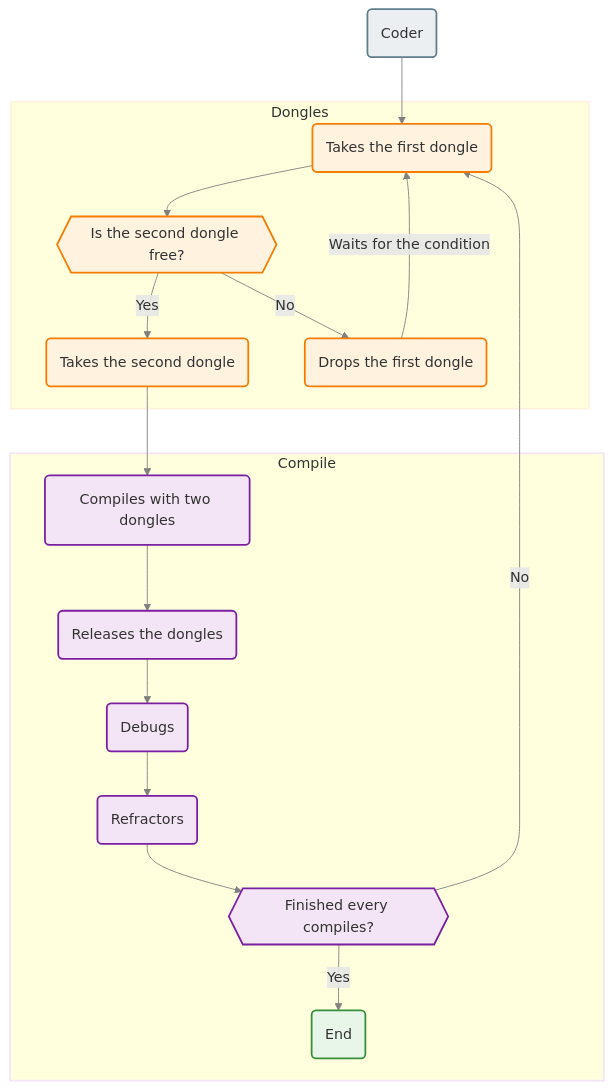
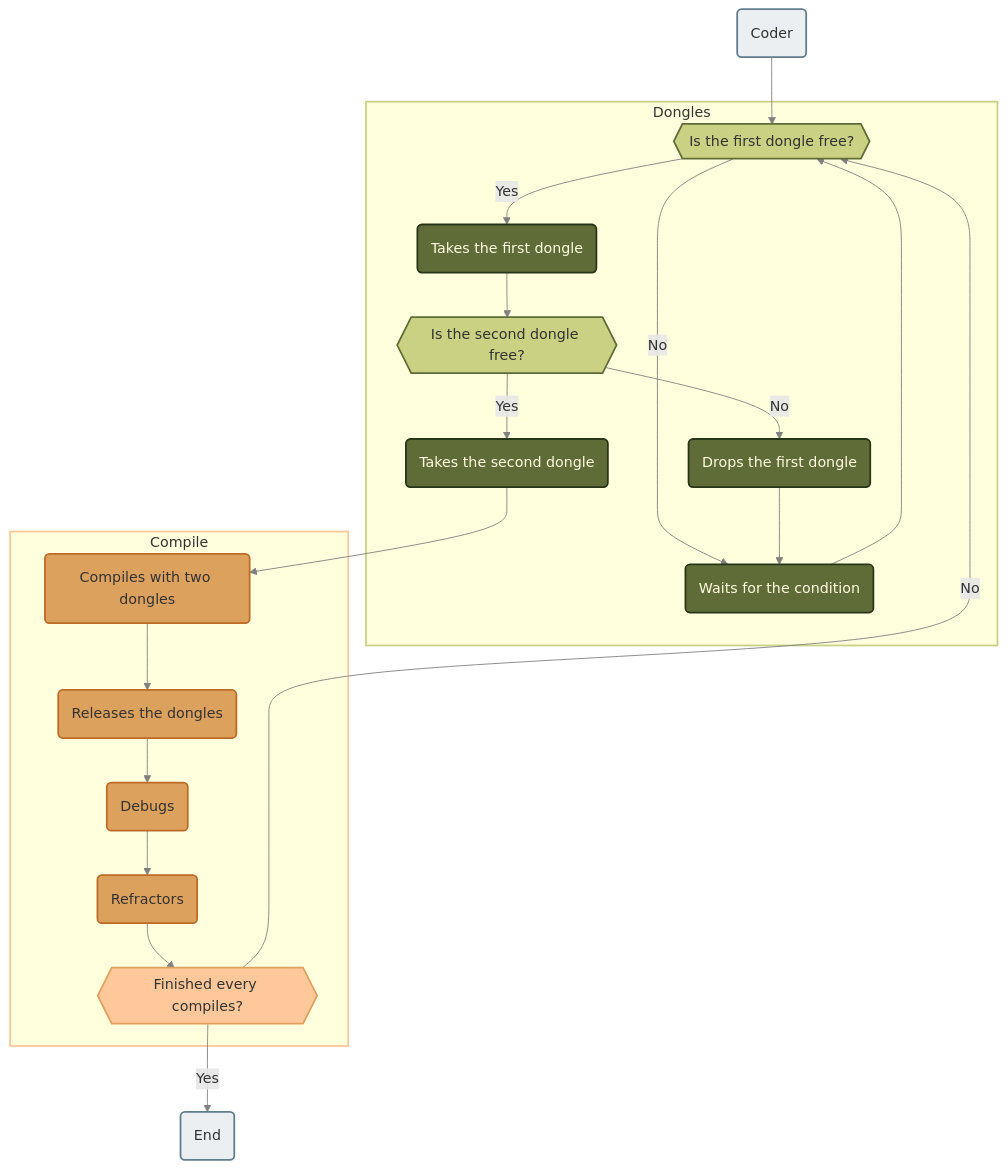
One commit to noemiepi/Codexion changed the second of 4 diagrams in README.md. Above: the diagram before and after it, drawn with Mermaid. The commit also changed other lines of this file and 3 other files, not shown here.

````diff
--- a/README.md
+++ b/README.md
@@ -113,40 +113,46 @@
 ```mermaid
 flowchart TD
 
-    classDef start fill:#eceff1,stroke:#607d8b,stroke-width:2px,color:#333;
-    classDef take_dongle fill:#fff3e0,stroke:#f57c00,stroke-width:2px,color:#333;
-    classDef coder_compile fill:#f3e5f5,stroke:#7b1fa2,stroke-width:2px,color:#333;
-    classDef finish fill:#e8f5e9,stroke:#388e3c,stroke-width:2px,color:#333;
+    classDef start-finish fill:#eceff1,stroke:#607d8b,stroke-width:2px,color:#333;
+    classDef quest_dongle fill:#cad182,stroke:#606c38,stroke-width:2px,color:#333;
+    classDef take_dongle fill:#606c38,stroke:#283618,stroke-width:2px,color:#fefae0;
+    classDef quest_compile fill:#fec89a,stroke:#dda15e,stroke-width:2px,color:#333;
+    classDef coder_compile fill:#dda15e,stroke:#bc6c25,stroke-width:2px,color:#333;
 
-    classDef dongle stroke:#fff3e0,stroke-width:2px;
-    classDef compile stroke:#f3e5f5,stroke-width:2px;
+    classDef dongle stroke:#cad182,stroke-width:2px;
+    classDef compile stroke:#fec89a,stroke-width:2px;
 
-    A(Coder) --> B(Takes the first dongle)
+    A(Coder) --> B{{Is the first dongle free?}}
 
     subgraph Dongles
-    B --> C{{Is the second dongle free?}}
-    C -->|Yes| D(Takes the second dongle)
-    C -->|No| E(Drops the first dongle)
+    B --> |Yes| E(Takes the first dongle)
+    B -->|No| D(Waits for the condition)
+    E --> F{{Is the second dongle free?}}
+    F -->|Yes| G(Takes the second dongle)
+    F -->|No| C(Drops the first dongle)
+    C --> D
+    D --> B
     end
 
     subgraph Compile
-    E -->|Waits for the condition| B
-    D --> F(Compiles with two dongles)
-    F --> G(Releases the dongles)
-    G --> H(Debugs)
-    H --> I(Refractors)
-    I --> J{{Finished every compiles?}}
-    J -->|Yes| K(End)
-    J -->|No| B
+    G --> H(Compiles with two dongles)
+    H --> I(Releases the dongles)
+    I --> J(Debugs)
+    J --> K(Refractors)
+    K --> L{{Finished every compiles?}}
+    L -->|No| B
     end
+
+    L -->|Yes| M(End)
 
     class Dongles dongle
     class Compile compile
 
-    class A start
-    class B,C,D,E take_dongle
-    class F,G,H,I,J,K coder_compile
-    class K finish
+    class A,M start-finish
+    class B,F quest_dongle
+    class C,D,E,G take_dongle
+    class H,I,J,K coder_compile
+    class L quest_compile
 
     linkStyle default stroke:gray;
 ```
````
